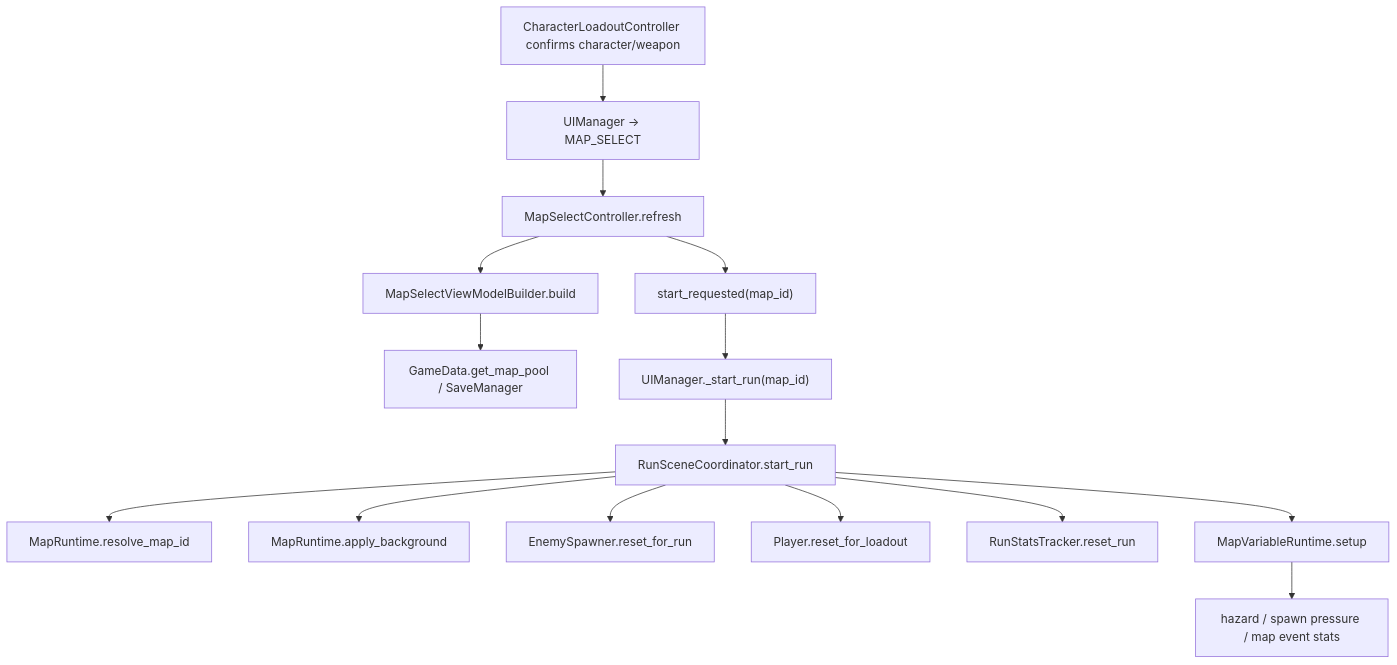
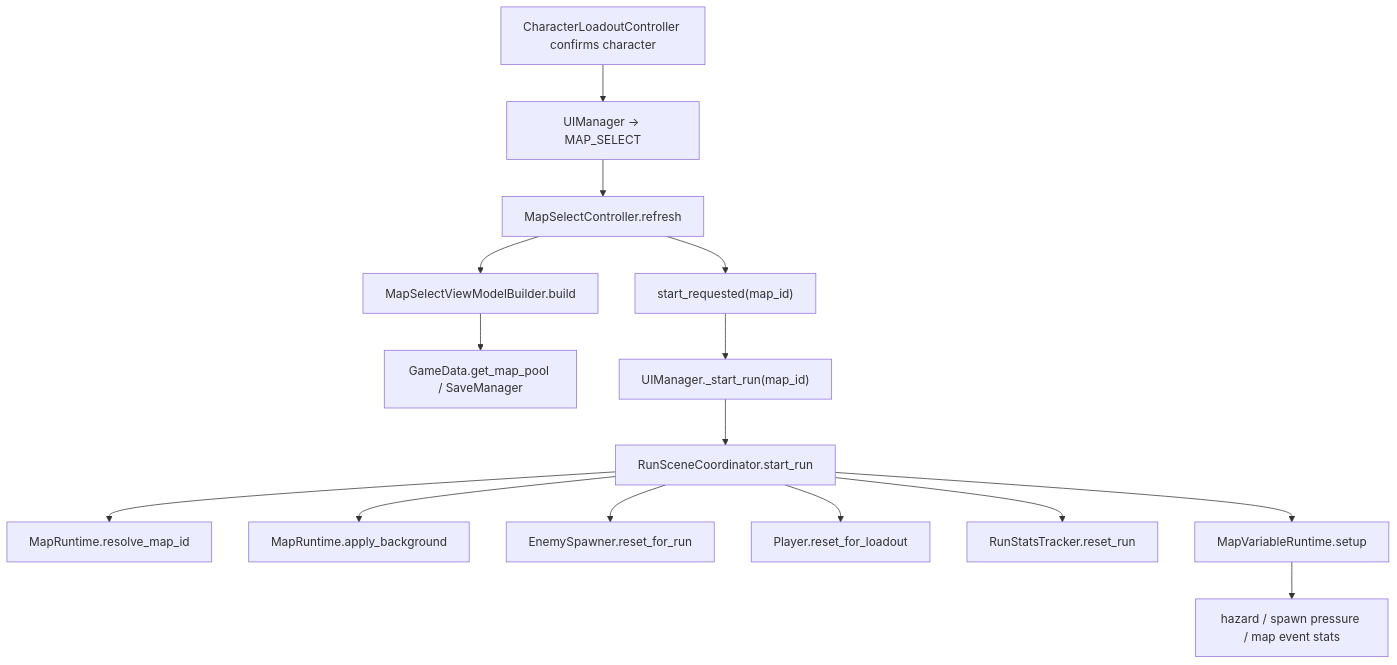
The first of 5 diagrams in docs/MAP_SYSTEM_OVERVIEW.md (dengjunxicool-ai/roguelike_survivor), drawn with Mermaid before and after one commit. The commit also changed 9 other files, not shown here.

````diff
--- a/docs/MAP_SYSTEM_OVERVIEW.md
+++ b/docs/MAP_SYSTEM_OVERVIEW.md
@@ -45,17 +45,17 @@
 ```mermaid
 flowchart TD
-    A["CharacterLoadoutController confirms character/weapon"] --> B["UIManager -> MAP_SELECT"]
+    A["CharacterLoadoutController confirms character"] --> B["UIManager -> MAP_SELECT"]
     B --> C["MapSelectController.refresh"]
     C --> D["MapSelectViewModelBuilder.build"]
     D --> E["GameData.get_map_pool / SaveManager"]
     C --> F["start_requested(map_id)"]
     F --> G["UIManager._start_run(map_id)"]
     G --> H["RunSceneCoordinator.start_run"]
     H --> I["MapRuntime.resolve_map_id"]
     H --> J["MapRuntime.apply_background"]
     H --> K["EnemySpawner.reset_for_run"]
     H --> L["Player.reset_for_loadout"]
     H --> M["RunStatsTracker.reset_run"]
     H --> N["MapVariableRuntime.setup"]
     N --> O["hazard / spawn pressure / map event stats"]
 ```
````
